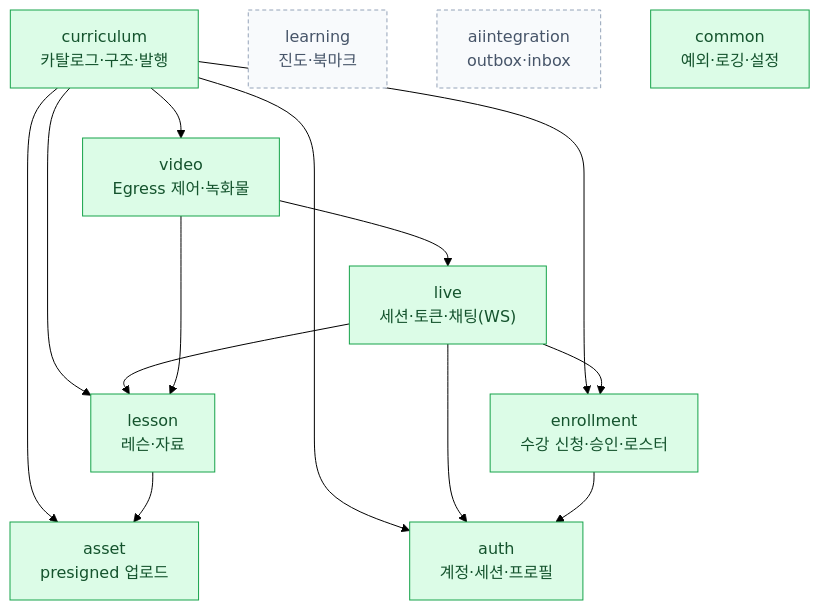
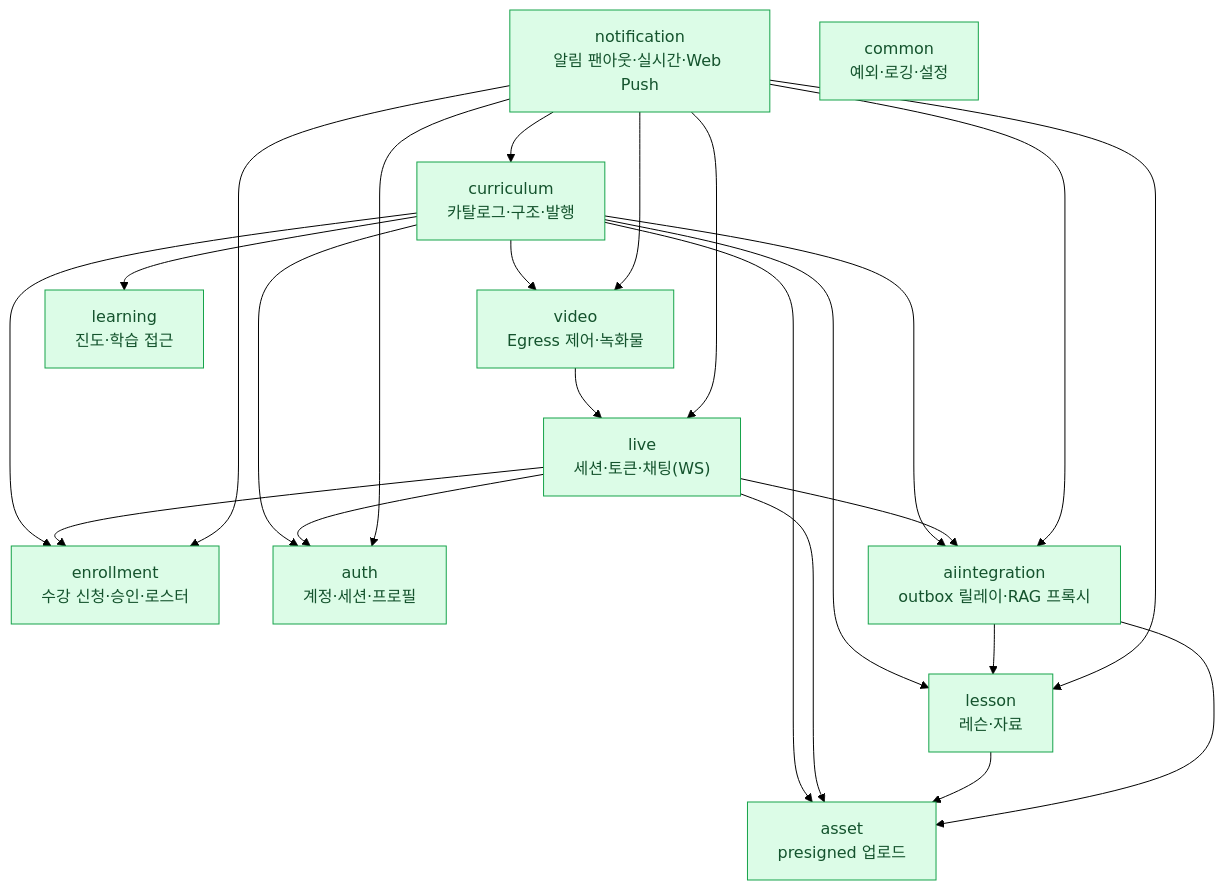
Before and after one commit to thdwjdrl401/jiphyeonjeon: the second of 7 diagrams in docs/ARCHITECTURE.md, drawn with Mermaid (forest theme). The commit also changed other lines of this file, not shown here.

````diff
--- a/docs/ARCHITECTURE.md
+++ b/docs/ARCHITECTURE.md
@@ -129,32 +129,42 @@
 ```mermaid
 flowchart TB
   classDef built fill:#dcfce7,stroke:#16a34a,color:#14532d
   classDef stub fill:#f8fafc,stroke:#94a3b8,color:#475569,stroke-dasharray:4 3
 
   CUR["curriculum<br/>카탈로그·구조·발행"]
   ENR["enrollment<br/>수강 신청·승인·로스터"]
   LIV["live<br/>세션·토큰·채팅(WS)"]
   VID["video<br/>Egress 제어·녹화물"]
   LES["lesson<br/>레슨·자료"]
   AST["asset<br/>presigned 업로드"]
   AUTH["auth<br/>계정·세션·프로필"]
-  LRN["learning<br/>진도·북마크"]
-  AIX["aiintegration<br/>outbox·inbox"]
+  LRN["learning<br/>진도·학습 접근"]
+  AIX["aiintegration<br/>outbox 릴레이·RAG 프록시"]
+  NOT["notification<br/>알림 팬아웃·실시간·Web Push"]
   CMN["common<br/>예외·로깅·설정"]
 
   CUR --> LES
   CUR --> ENR
   CUR --> VID
   CUR --> AUTH
   CUR --> AST
-  LIV --> LES
+  CUR --> LRN
+  CUR --> AIX
   LIV --> ENR
   LIV --> AUTH
+  LIV --> AIX
+  LIV --> AST
   VID --> LIV
-  VID --> LES
   LES --> AST
-  ENR --> AUTH
+  AIX --> LES
+  AIX --> AST
+  NOT --> CUR
+  NOT --> ENR
+  NOT --> LES
+  NOT --> LIV
+  NOT --> VID
+  NOT --> AUTH
+  NOT --> AIX
 
-  class CUR,ENR,LIV,VID,LES,AST,AUTH,CMN built
-  class LRN,AIX stub
+  class CUR,ENR,LIV,VID,LES,AST,AUTH,LRN,AIX,NOT,CMN built
 ```
````
